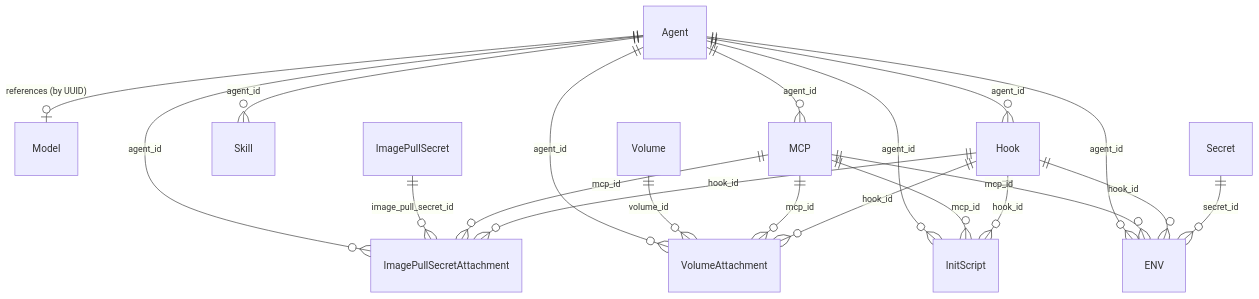
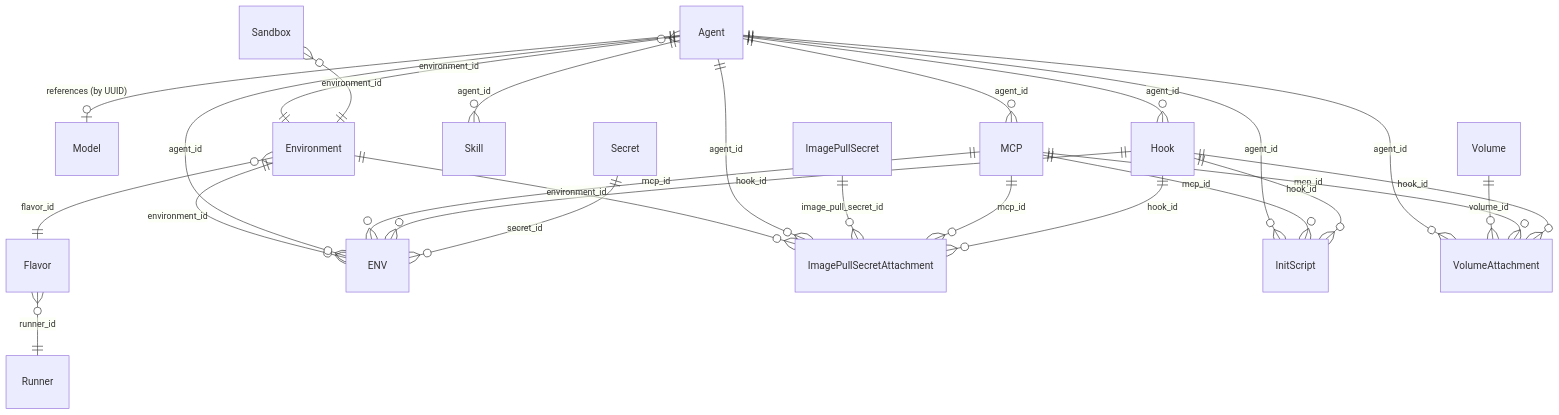
One commit to agynio/architecture changed the diagram in architecture/resource-definitions.md. Above: the diagram before and after it, drawn with Mermaid. The commit also changed other lines of this file and 17 other files, not shown here.

````diff
--- a/architecture/resource-definitions.md
+++ b/architecture/resource-definitions.md
@@ -22,28 +22,35 @@
 ```mermaid
 erDiagram
     Agent ||--o| Model : "references (by UUID)"
+    Agent }o--|| Environment : "environment_id"
+    Sandbox }o--|| Environment : "environment_id"
+    Environment }o--|| Flavor : "flavor_id"
+    Flavor }o--|| Runner : "runner_id"
+
+    Environment ||--o{ ENV : "environment_id"
+    Environment ||--o{ ImagePullSecretAttachment : "environment_id"
 
     Agent ||--o{ MCP : "agent_id"
     Agent ||--o{ Skill : "agent_id"
     Agent ||--o{ Hook : "agent_id"
     Agent ||--o{ ENV : "agent_id"
     Agent ||--o{ InitScript : "agent_id"
     Agent ||--o{ VolumeAttachment : "agent_id"
     Agent ||--o{ ImagePullSecretAttachment : "agent_id"
 
     Volume ||--o{ VolumeAttachment : "volume_id"
 
     ImagePullSecret ||--o{ ImagePullSecretAttachment : "image_pull_secret_id"
 
     MCP ||--o{ ENV : "mcp_id"
     MCP ||--o{ InitScript : "mcp_id"
     MCP ||--o{ VolumeAttachment : "mcp_id"
     MCP ||--o{ ImagePullSecretAttachment : "mcp_id"
 
     Hook ||--o{ ENV : "hook_id"
     Hook ||--o{ InitScript : "hook_id"
     Hook ||--o{ VolumeAttachment : "hook_id"
     Hook ||--o{ ImagePullSecretAttachment : "hook_id"
 
     Secret ||--o{ ENV : "secret_id"
 ```
````
